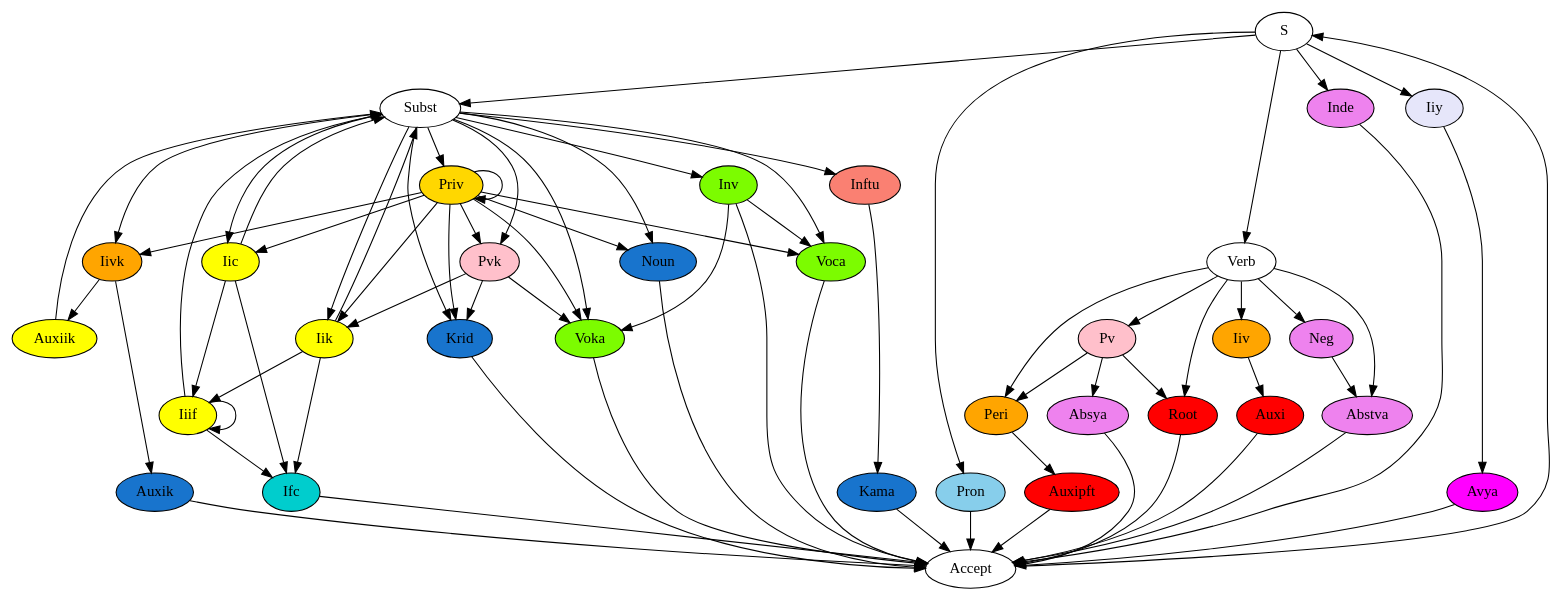
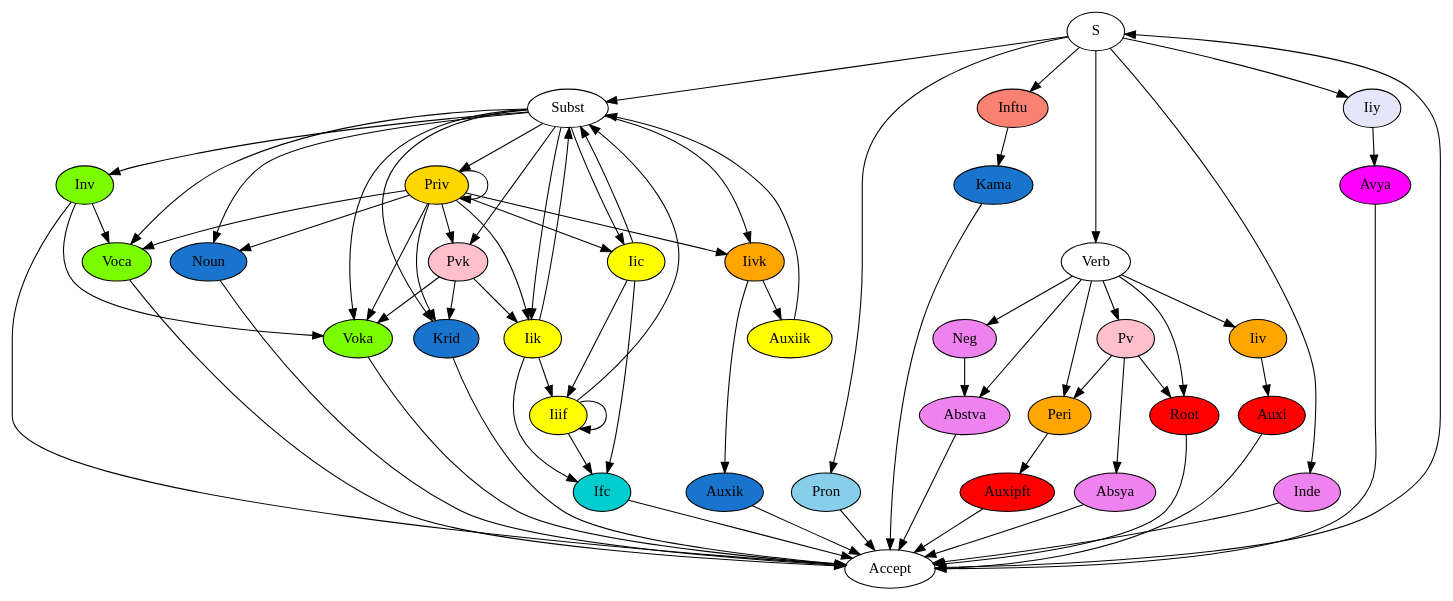
One commit to roee30/Heritage_Platform changed the diagram in DOC/lexer40.dot. Above: the diagram before and after it, drawn with Graphviz. The commit also changed 1 other file, not shown here.

Commit message:
Inftu standalone

```diff
--- a/DOC/lexer40.dot
+++ b/DOC/lexer40.dot
@@ -1,105 +1,105 @@
 digraph lexer {
 	size="30."; 
 	S -> Subst;
 	S -> Pron;
+	S -> Inftu;
+	Inftu -> Kama;
 	S -> Verb;
 	Verb -> Root;
 	Verb -> Pv;
 	Verb -> Peri;
 	Verb -> Abstva;
 	Verb -> Neg;
 	Neg -> Abstva;
 	Pv -> Root;
 	Pv -> Absya;
 	Pv -> Peri;
 	Verb -> Iiv;
 	Peri -> Auxipft;
 	Root -> Accept;
 	Subst -> Noun;
 	Subst -> Krid;
 	Subst -> Priv;
 	Subst -> Iic;
 	Subst -> Iik;
 	Subst -> Iivk;
 	Subst -> Voca;
 	Subst -> Voka;
 	Subst -> Inv;
 	Subst -> Pvk;
-	Subst -> Inftu;
-	Inftu -> Kama;
 	Iic -> Subst;
 	Iic -> Ifc;
 	Iic -> Iiif;
 	Iik -> Subst;
 	Iik -> Ifc;
 	Iik -> Iiif;
 	Iiif -> Subst;
 	Iiif -> Ifc;
 	Iiif -> Iiif;
 	Priv -> Noun;
 	Priv -> Iic;
 	Priv -> Priv;
 	Priv -> Krid;
 	Priv -> Iik;
 	Priv -> Iivk;
 	Priv -> Pvk;
 	Priv -> Voca;
 	Priv -> Voka;
 	Iivk -> Auxik;
 	Iivk -> Auxiik;
 	Pvk -> Krid;
 	Pvk -> Iik;
 	Pvk -> Voka;
 	Noun -> Accept;
 	Krid -> Accept;
 	Ifc -> Accept;
 	Iiv -> Auxi;
 	Pron -> Accept;
 	S -> Inde;
 	S -> Iiy;
 	Iiy -> Avya;
 	Inv -> Voca;
 	Inv -> Voka;
 	Inv -> Accept;
 	Voca -> Accept;
 	Voka -> Accept;
 	Auxi -> Accept;
 	Auxipft -> Accept;
 	Auxik -> Accept;
 	Auxiik -> Subst;
 	Absya -> Accept;
 	Avya -> Accept;
 	Abstva -> Accept;
 	Inde -> Accept;
 	Kama -> Accept;
 	Accept -> S;
         Iic[style=filled; fillcolor = Yellow];
         Iik[style=filled; fillcolor = Yellow];
         Iiif[style=filled; fillcolor = Yellow];
         Iiy[style=filled; fillcolor = Lavender];
         Ifc[style=filled; fillcolor = Cyan3];
         Noun[style=filled; fillcolor = Dodgerblue3];
         Krid[style=filled; fillcolor = Dodgerblue3];
         Auxik[style=filled; fillcolor = Dodgerblue3];
         Kama[style=filled; fillcolor = Dodgerblue3];
         Inftu[style=filled; fillcolor = Salmon];
         Auxiik[style=filled; fillcolor = Yellow];
         Priv[style=filled; fillcolor = Gold];
         Voca[style=filled; fillcolor = Lawngreen];
         Inv[style=filled; fillcolor = Lawngreen];
         Voka[style=filled; fillcolor = Lawngreen];
         Pron[style=filled; fillcolor = Skyblue];
         Root[style=filled; fillcolor = Red];
         Iiv[style=filled; fillcolor = Orange];
         Iivk[style=filled; fillcolor = Orange];
         Peri[style=filled; fillcolor = Orange];
         Auxi[style=filled; fillcolor = Red];
         Auxipft[style=filled; fillcolor = Red];
         Inde[style=filled; fillcolor = Violet];
         Avya[style=filled; fillcolor = Magenta];
         Neg[style=filled; fillcolor = Violet];
         Abstva[style=filled; fillcolor = Violet];
         Absya[style=filled; fillcolor = Violet];
         Pv[style=filled; fillcolor = Pink];
         Pvk[style=filled; fillcolor = Pink];
 }
```
